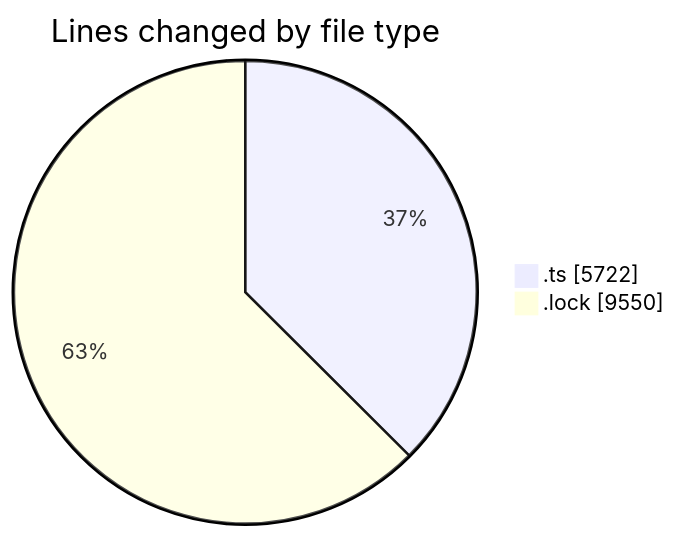
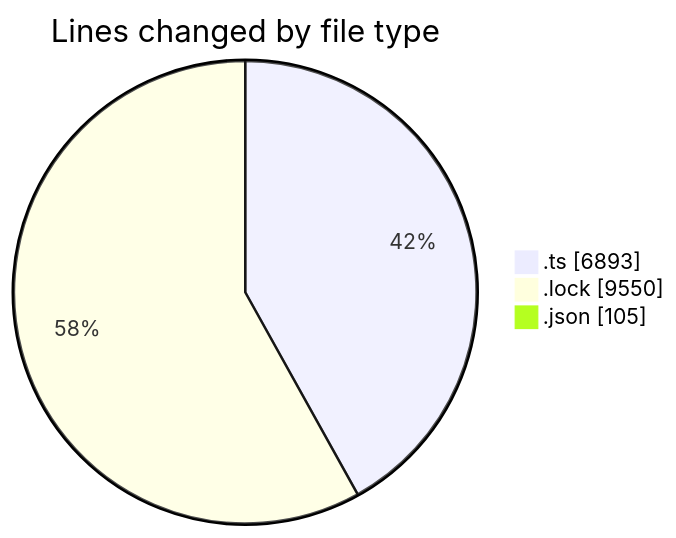
Before and after one commit to momahboobian/code-tracking: the first of 2 diagrams in 2025-10-30/cda/README.md, drawn with Mermaid. The commit also changed other lines of this file and 1 other file, not shown here.

````diff
--- a/2025-10-30/cda/README.md
+++ b/2025-10-30/cda/README.md
@@ -24,6 +27,7 @@
 ```mermaid
 pie showData
 title Lines changed by file type
-".ts" : 5722
+".ts" : 6893
 ".lock" : 9550
+".json" : 105
 ```
````
